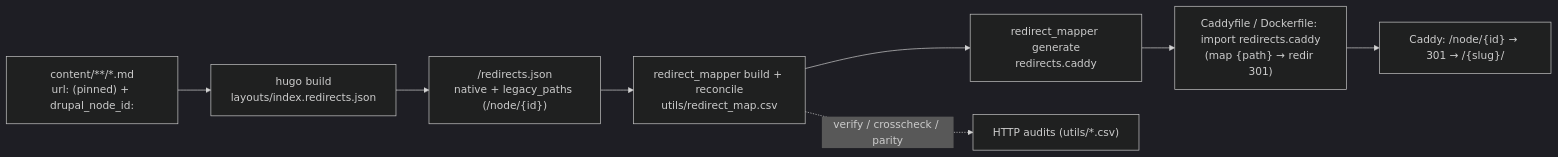
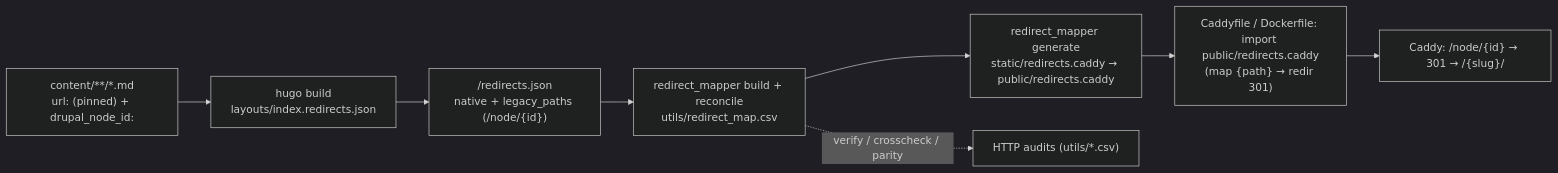
The diagram in docs/REDIRECTS.md (chnm/worldhistorycommons), drawn with Mermaid (dark theme) before and after one commit. The commit also changed other lines of this file and 7 other files, not shown here.

First line of the commit message:
fix: ship redirects.caddy in public/ release artifact

````diff
--- a/docs/REDIRECTS.md
+++ b/docs/REDIRECTS.md
@@ -32,10 +32,10 @@
 ```mermaid
 flowchart LR
   FM["content/**/*.md<br/>url: (pinned) + drupal_node_id:"] --> H["hugo build<br/>layouts/index.redirects.json"]
   H --> J["/redirects.json<br/>native + legacy_paths (/node/{id})"]
   J --> B["redirect_mapper build + reconcile<br/>utils/redirect_map.csv"]
-  B --> G["redirect_mapper generate<br/>redirects.caddy"]
-  G --> C["Caddyfile / Dockerfile: import redirects.caddy<br/>(map {path} → redir 301)"]
+  B --> G["redirect_mapper generate<br/>static/redirects.caddy → public/redirects.caddy"]
+  G --> C["Caddyfile / Dockerfile: import public/redirects.caddy<br/>(map {path} → redir 301)"]
   C --> S["Caddy: /node/{id} → 301 → /{slug}/"]
   B -. "verify / crosscheck / parity" .-> V["HTTP audits (utils/*.csv)"]
 ```
````
